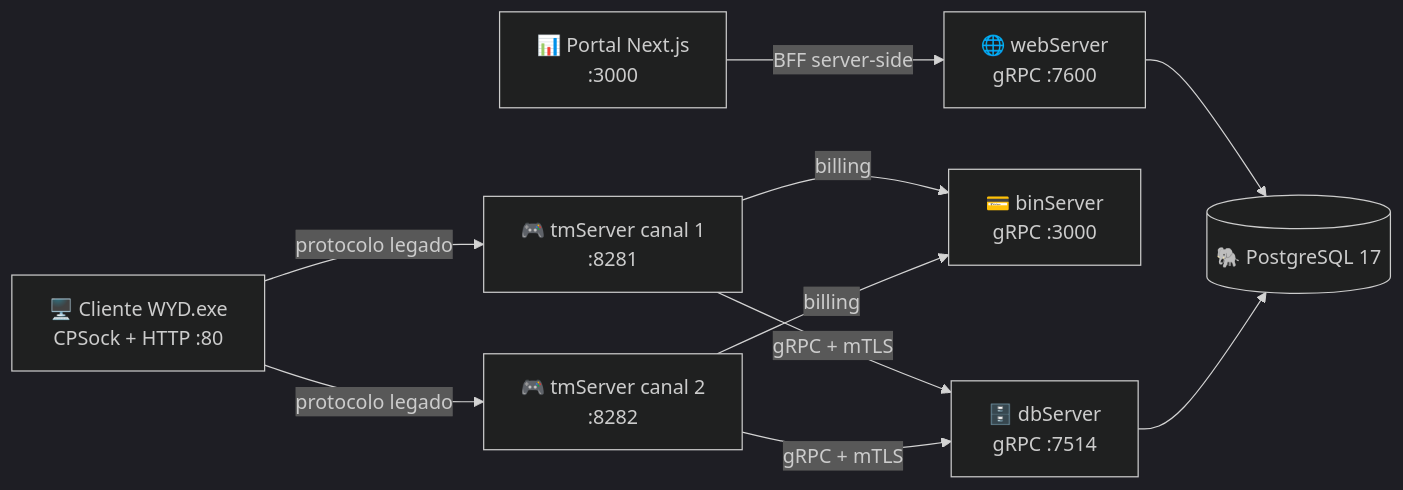
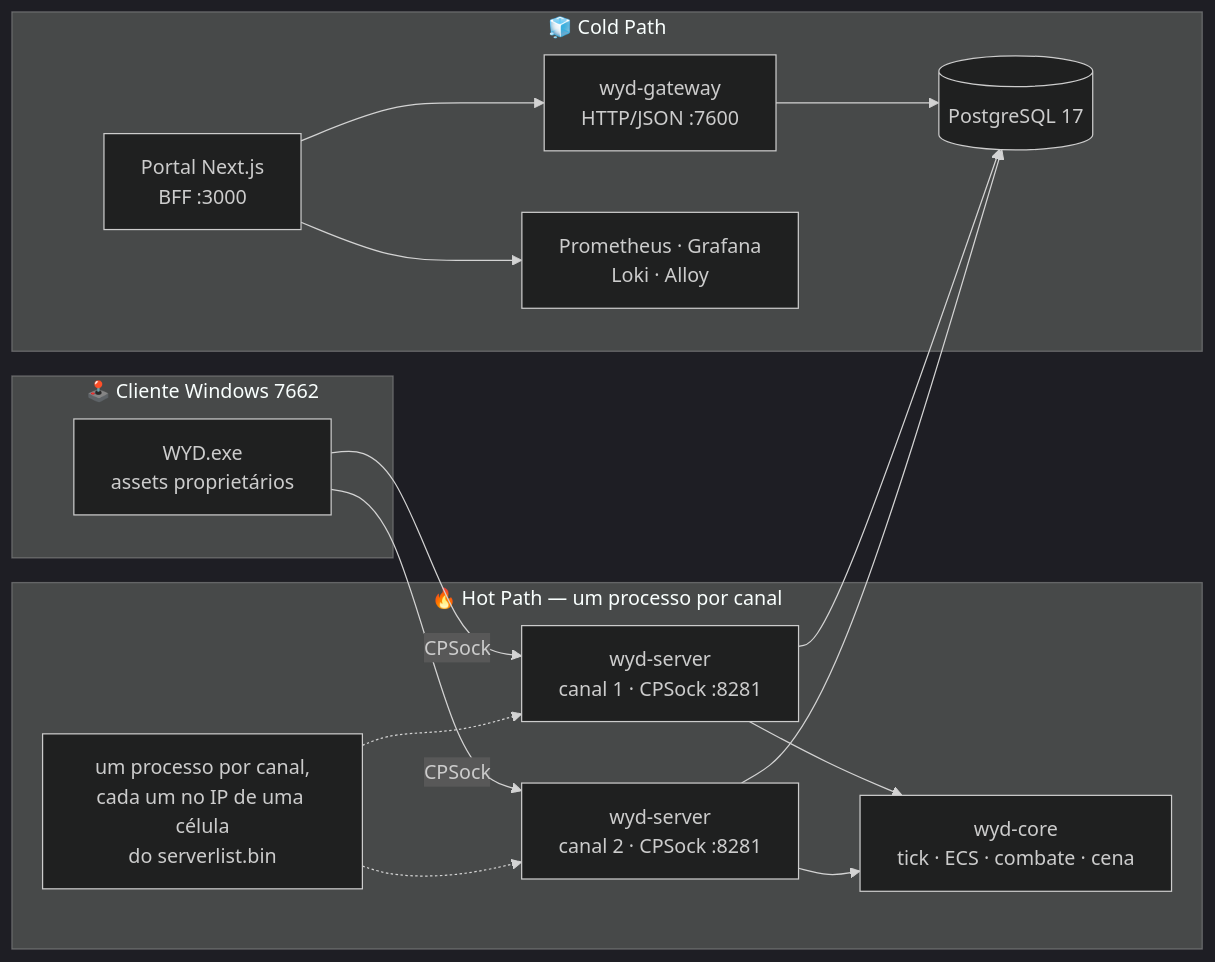
Before and after one commit to lucascantarelli/OpenWYD-NextGen: the first of 2 diagrams in README.md, drawn with Mermaid (dark theme). The commit also changed other lines of this file and 2355 other files, not shown here.

````diff
--- a/README.md
+++ b/README.md
@@ -37,21 +58,32 @@
 ```mermaid
 flowchart LR
-  C["🖥️ Cliente WYD.exe<br/>CPSock + HTTP :80"]
-  T1["🎮 tmServer canal 1<br/>:8281"]
-  T2["🎮 tmServer canal 2<br/>:8282"]
-  DB["🗄️ dbServer<br/>gRPC :7514"]
-  BIN["💳 binServer<br/>gRPC :3000"]
-  WEB["🌐 webServer<br/>gRPC :7600"]
-  P["📊 Portal Next.js<br/>:3000"]
-  PG[("🐘 PostgreSQL 17")]
+  subgraph CLIENTE["🕹️ Cliente Windows 7662"]
+    C["WYD.exe<br/>assets proprietários"]
+  end
 
-  C -->|protocolo legado| T1
-  C -->|protocolo legado| T2
-  T1 -->|gRPC + mTLS| DB
-  T2 -->|gRPC + mTLS| DB
-  T1 -->|billing| BIN
-  T2 -->|billing| BIN
-  P -->|BFF server-side| WEB
-  WEB --> PG
-  DB --> PG
+  subgraph HOT["🔥 Hot Path — um processo por canal"]
+    S1["wyd-server<br/>canal 1 · CPSock :8281"]
+    S2["wyd-server<br/>canal 2 · CPSock :8281"]
+    NOTE["um processo por canal,<br/>cada um no IP de uma célula<br/>do serverlist.bin"]
+    CORE["wyd-core<br/>tick · ECS · combate · cena"]
+  end
+
+  subgraph COLD["🧊 Cold Path"]
+    P["Portal Next.js<br/>BFF :3000"]
+    G["wyd-gateway<br/>HTTP/JSON :7600"]
+    DB[("PostgreSQL 17")]
+    OBS["Prometheus · Grafana<br/>Loki · Alloy"]
+  end
+
+  C -->|CPSock| S1
+  C -->|CPSock| S2
+  S1 --> CORE
+  S2 --> CORE
+  NOTE -.-> S1
+  NOTE -.-> S2
+  S1 --> DB
+  S2 --> DB
+  P --> G
+  G --> DB
+  P --> OBS
 ```
````
